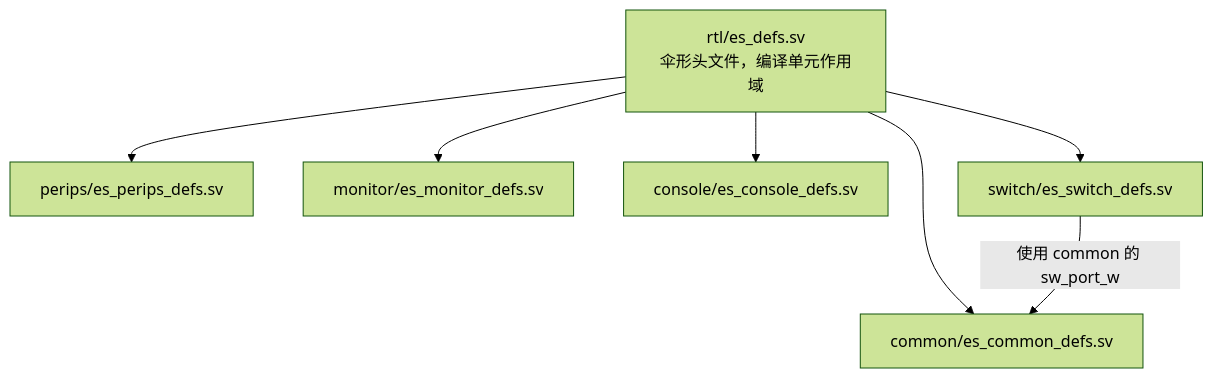
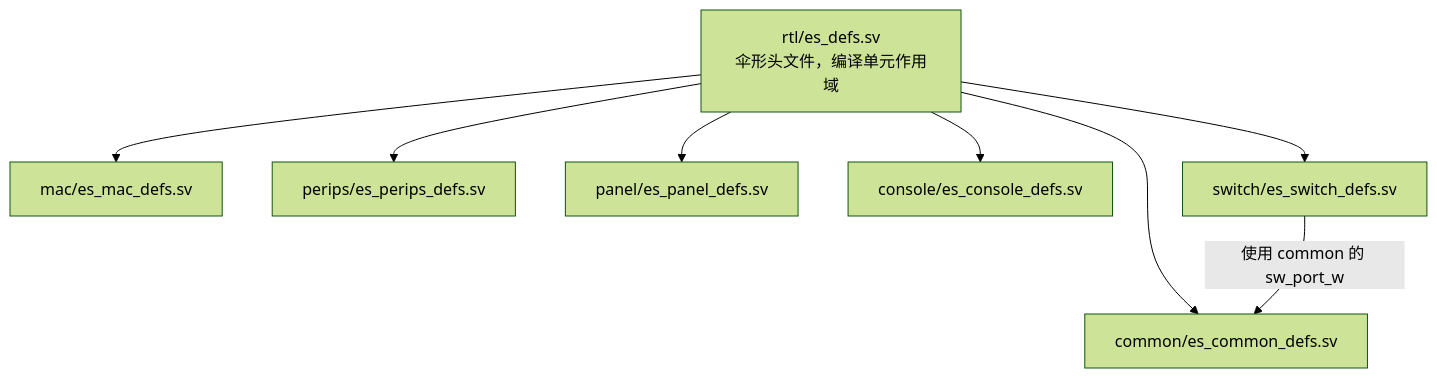
One commit to cw1997/ethernet-switch changed the third of 15 diagrams in README.zh-Hans.md. Above: the diagram before and after it, drawn with Mermaid (forest theme). The commit also changed other lines of this file and 84 other files, not shown here.

````diff
--- a/README.zh-Hans.md
+++ b/README.zh-Hans.md
@@ -340,9 +341,10 @@
 ```mermaid
 flowchart TD
     U["rtl/es_defs.sv<br/>伞形头文件，编译单元作用域"] --> C["common/es_common_defs.sv"]
+    U --> A["mac/es_mac_defs.sv"]
     U --> P["perips/es_perips_defs.sv"]
-    U --> M["monitor/es_monitor_defs.sv"]
+    U --> N["panel/es_panel_defs.sv"]
     U --> K["console/es_console_defs.sv"]
     U --> S["switch/es_switch_defs.sv"]
     S -->|"使用 common 的 sw_port_w"| C
 ```
````
